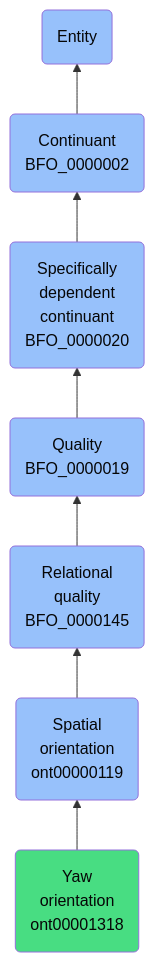
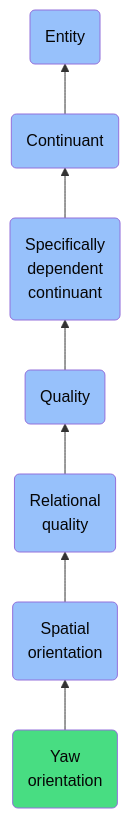
One commit to jupyter-naas/abi changed the diagram in docs/ontology/reference/model/Entity/Continuant/Specifically dependent continuant/Quality/Relational quality/Spatial orientation/Yaw orientation/Yaw orientation.md. Above: the diagram before and after it, drawn with Mermaid. The commit also changed other lines of this file and 1430 other files, not shown here.

````diff
--- a/docs/ontology/reference/model/Entity/Continuant/Specifically dependent continuant/Quality/Relational quality/Spatial orientation/Yaw orientation/Yaw orientation.md
+++ b/docs/ontology/reference/model/Entity/Continuant/Specifically dependent continuant/Quality/Relational quality/Spatial orientation/Yaw orientation/Yaw orientation.md
@@ -24,14 +24,14 @@
 ```mermaid
 graph BT
-    ont00001318(Yaw<br>orientation<br>ont00001318):::ABI-->ont00000119
-    ont00000119(Spatial<br>orientation<br>ont00000119):::BFO-->BFO_0000145
-    BFO_0000145(Relational<br>quality<br>BFO_0000145):::BFO-->BFO_0000019
-    BFO_0000019(Quality<br>BFO_0000019):::BFO-->BFO_0000020
-    BFO_0000020(Specifically<br>dependent<br>continuant<br>BFO_0000020):::BFO-->BFO_0000002
-    BFO_0000002(Continuant<br>BFO_0000002):::BFO-->BFO_0000001
+    ont00001318(Yaw<br>orientation):::ABI-->ont00000119
+    ont00000119(Spatial<br>orientation):::BFO-->BFO_0000145
+    BFO_0000145(Relational<br>quality):::BFO-->BFO_0000019
+    BFO_0000019(Quality):::BFO-->BFO_0000020
+    BFO_0000020(Specifically<br>dependent<br>continuant):::BFO-->BFO_0000002
+    BFO_0000002(Continuant):::BFO-->BFO_0000001
     BFO_0000001(Entity):::BFO
     
     classDef BFO fill:#97c1fb,color:#060606
     classDef CCO fill:#e4c51e,color:#060606
     classDef ABI fill:#48DD82,color:#060606
 ```
````
